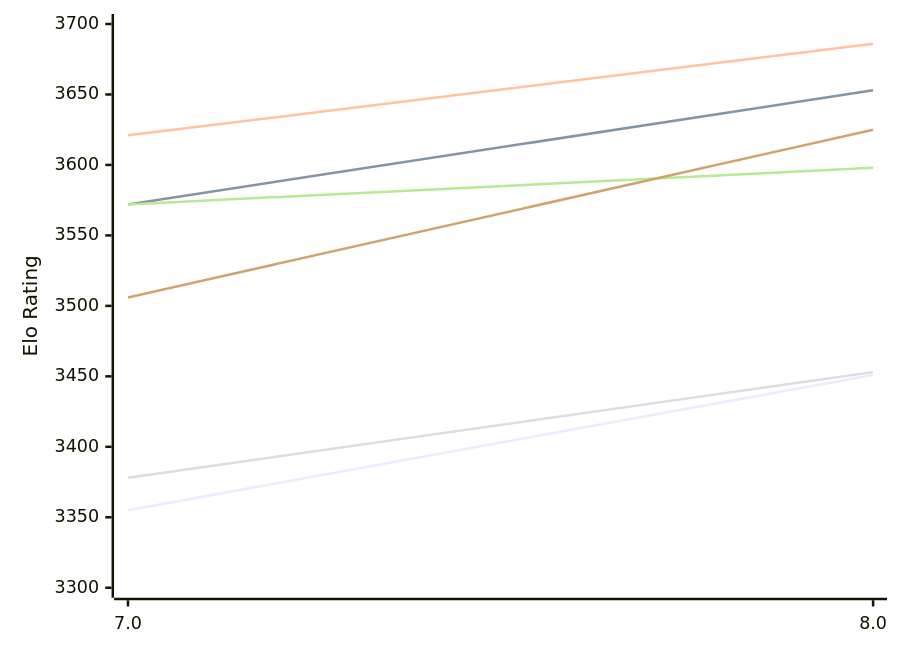
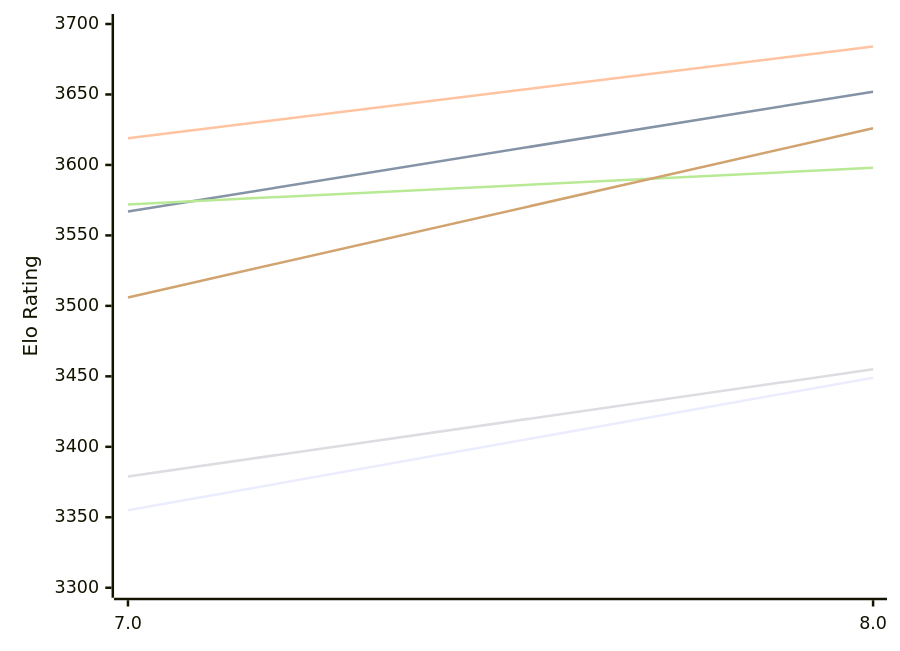
The first of 2 diagrams in engines/Integral.md (computer-chess-index/cci), drawn with Mermaid before and after one commit. The commit also changed other lines of this file, not shown here.

Commit message:
Update CCI Ratings (ELO VLTC) - 2026-11-28

````diff
--- a/engines/Integral.md
+++ b/engines/Integral.md
@@ -50,12 +50,12 @@
 ```mermaid
 %%{init: {"theme":"base","themeVariables":{"seriesColors:['#a3a3a3','#222221','#faa371']}}}%%
 xychart-beta
   x-axis ["7.0", "8.0"]
   y-axis "Elo Rating" 3300 --> 3700
-  line "E1: STC (8.0+0.08s)" [3355, 3451]
-  line "E1: LTC (60.0+0.60s)" [3572, 3653]
-  line "E1: VLTC (2m24s+1.12s)" [3621, 3686]
-  line "P1: STC (8.0+0.08s)" [3378, 3453]
+  line "E1: STC (8.0+0.08s)" [3355, 3449]
+  line "E1: LTC (60.0+0.60s)" [3567, 3652]
+  line "E1: VLTC (2m24s+1.12s)" [3619, 3684]
+  line "P1: STC (8.0+0.08s)" [3379, 3455]
   line "P1: LTC (60.0+0.60s)" [3572, 3598]
-  line "P1: VLTC (2m24s+1.12s)" [3506, 3625]
+  line "P1: VLTC (2m24s+1.12s)" [3506, 3626]
 ```
````
